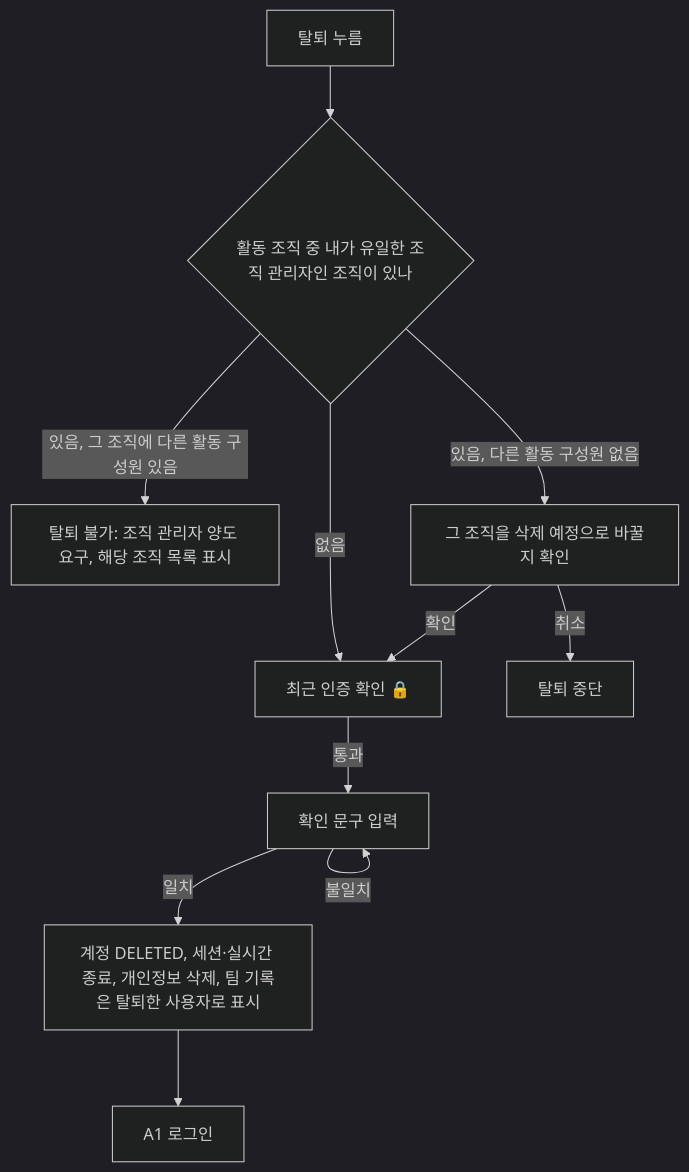
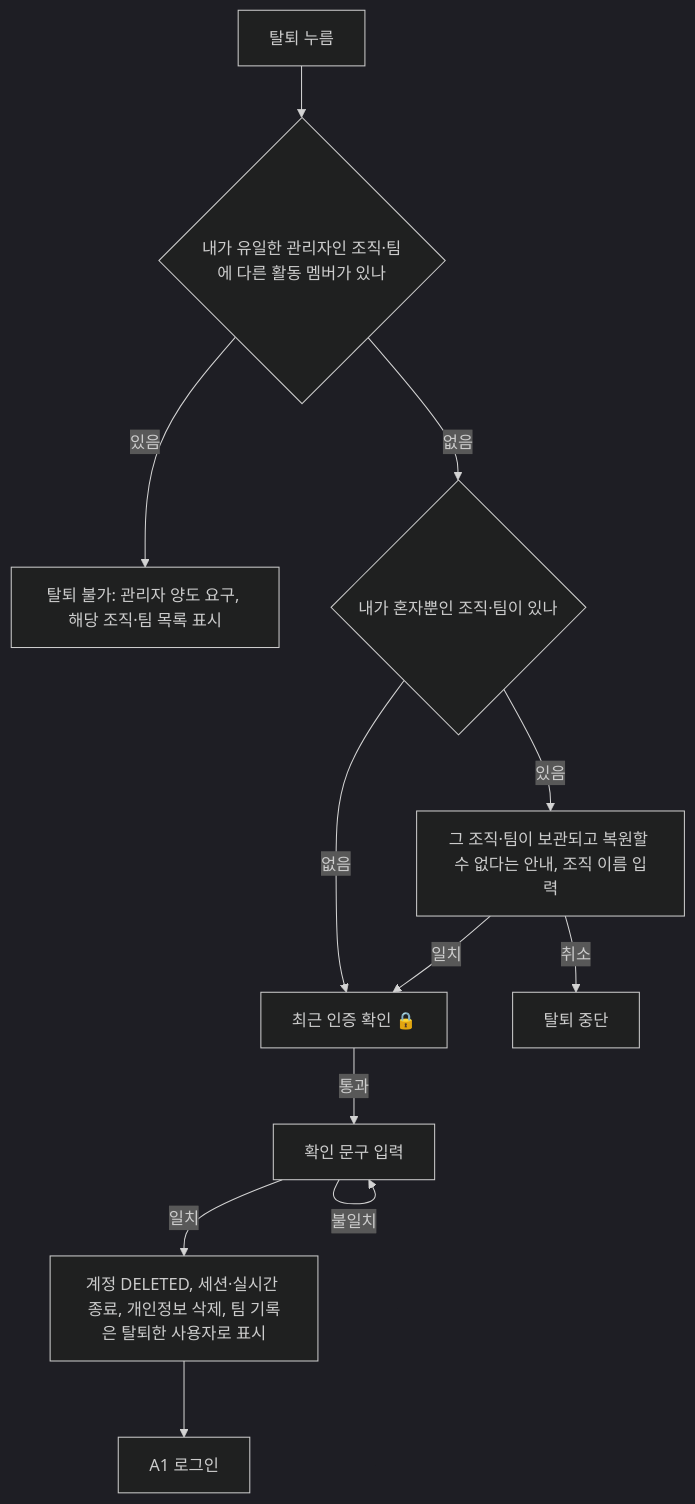
Before and after one commit to poseybutter/reberu: the second of 2 diagrams in docs/product/screens.md, drawn with Mermaid (dark theme). The commit also changed other lines of this file and 14 other files, not shown here.

````diff
--- a/docs/product/screens.md
+++ b/docs/product/screens.md
@@ -638,13 +639,14 @@
 ```mermaid
 flowchart TD
-    S[탈퇴 누름] --> C{활동 조직 중 내가 유일한 조직 관리자인 조직이 있나}
-    C -->|있음, 그 조직에 다른 활동 구성원 있음| T[탈퇴 불가: 조직 관리자 양도 요구, 해당 조직 목록 표시]
-    C -->|있음, 다른 활동 구성원 없음| Z[그 조직을 삭제 예정으로 바꿀지 확인]
-    Z -->|확인| R
+    S[탈퇴 누름] --> C{내가 유일한 관리자인 조직·팀에 다른 활동 멤버가 있나}
+    C -->|있음| T[탈퇴 불가: 관리자 양도 요구, 해당 조직·팀 목록 표시]
+    C -->|없음| Y{내가 혼자뿐인 조직·팀이 있나}
+    Y -->|있음| Z[그 조직·팀이 보관되고 복원할 수 없다는 안내, 조직 이름 입력]
+    Z -->|일치| R
     Z -->|취소| X[탈퇴 중단]
-    C -->|없음| R[최근 인증 확인 🔒]
+    Y -->|없음| R[최근 인증 확인 🔒]
     R -->|통과| K[확인 문구 입력]
     K -->|일치| D[계정 DELETED, 세션·실시간 종료, 개인정보 삭제, 팀 기록은 탈퇴한 사용자로 표시]
     K -->|불일치| K
     D --> A1[A1 로그인]
 ```
````
